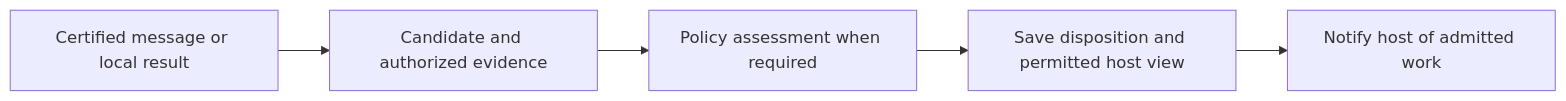
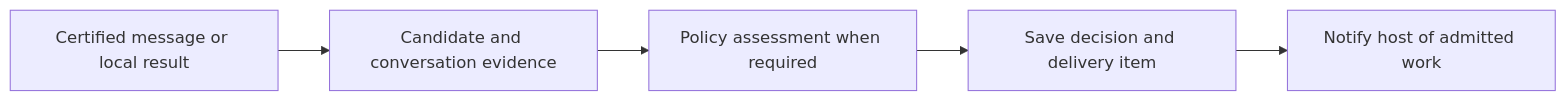
One commit to social-harness/moltzap changed the second of 4 diagrams in packages/social-harness/src/daemon/README.md. Above: the diagram before and after it, drawn with Mermaid. The commit also changed other lines of this file and 5 other files, not shown here.

````diff
--- a/packages/social-harness/src/daemon/README.md
+++ b/packages/social-harness/src/daemon/README.md
@@ -36,7 +35,7 @@
 ```mermaid
 flowchart LR
-  A[Certified message or local result] --> B[Candidate and authorized evidence]
+  A[Certified message or local result] --> B[Candidate and conversation evidence]
   B --> C[Policy assessment when required]
-  C --> D[Save disposition and permitted host view]
+  C --> D[Save decision and delivery item]
   D --> E[Notify host of admitted work]
 ```
````
